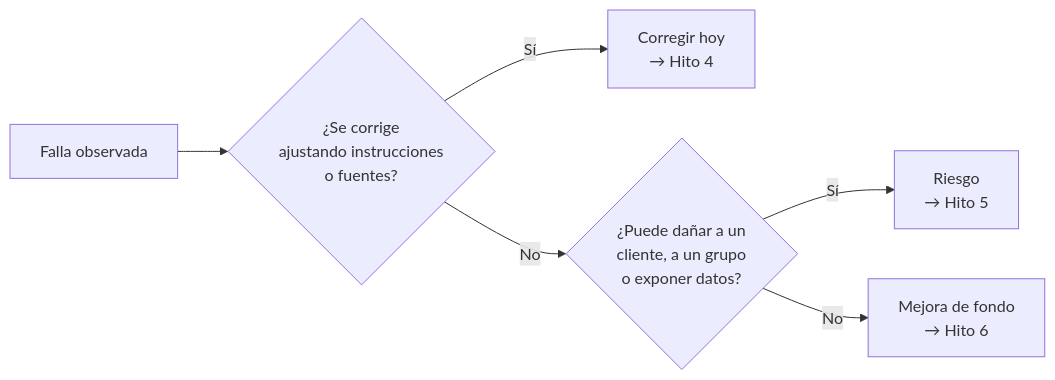
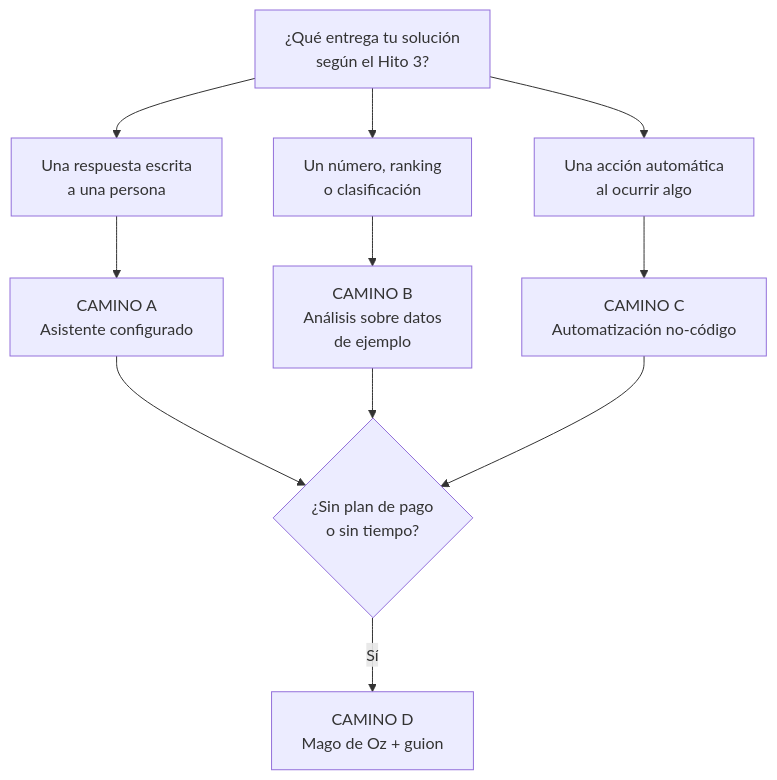
The diagram in docs/clases/clase12.md (hizocar/ia-course-usm), drawn with Mermaid before and after one commit. The commit also changed other lines of this file and 5 other files, not shown here.

````diff
--- a/docs/clases/clase12.md
+++ b/docs/clases/clase12.md
@@ -104,8 +78,13 @@
 ```mermaid
-flowchart LR
-    F["Falla observada"] --> Q1{"¿Se corrige<br/>ajustando instrucciones<br/>o fuentes?"}
-    Q1 -->|Sí| H4["Corregir hoy<br/>→ Hito 4"]
-    Q1 -->|No| Q2{"¿Puede dañar a un<br/>cliente, a un grupo<br/>o exponer datos?"}
-    Q2 -->|Sí| H5["Riesgo<br/>→ Hito 5"]
-    Q2 -->|No| H6["Mejora de fondo<br/>→ Hito 6"]
+flowchart TD
+    A["¿Qué entrega tu solución<br/>según el Hito 3?"] --> B["Una respuesta escrita<br/>a una persona"]
+    A --> C["Un número, ranking<br/>o clasificación"]
+    A --> D["Una acción automática<br/>al ocurrir algo"]
+    B --> B1["CAMINO A<br/>Asistente configurado"]
+    C --> C1["CAMINO B<br/>Análisis sobre datos<br/>de ejemplo"]
+    D --> D1["CAMINO C<br/>Automatización no-código"]
+    B1 --> Z{"¿Sin plan de pago<br/>o sin tiempo?"}
+    C1 --> Z
+    D1 --> Z
+    Z -->|Sí| E["CAMINO D<br/>Mago de Oz + guion"]
 ```
````
